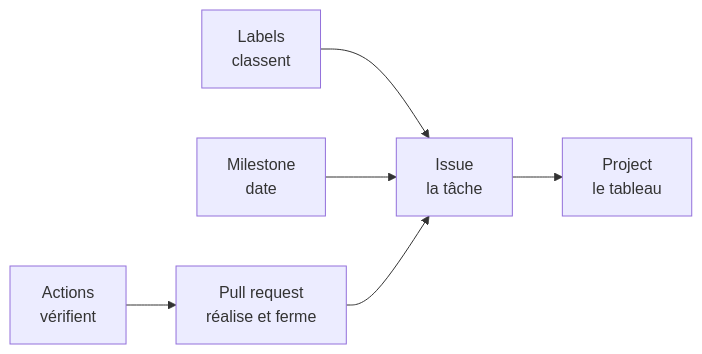
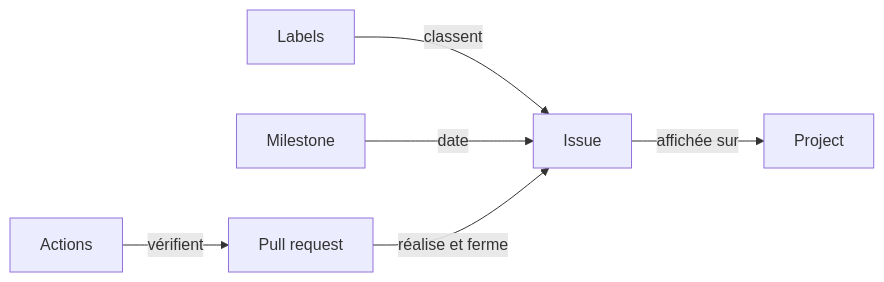
Before and after one commit to cedricgicquiaud/parcours: the diagram in formations/gestion-projet-github/lecons/la-carte.md, drawn with Mermaid. The commit also changed 1 other file, not shown here.

Commit message:
fix(content): mermaid labels truncated — single-word nodes, roles on edges

````diff
--- a/formations/gestion-projet-github/lecons/la-carte.md
+++ b/formations/gestion-projet-github/lecons/la-carte.md
@@ -26,8 +26,8 @@
 ```mermaid
 graph LR
-  L[Labels<br/>classent] --> I
-  M[Milestone<br/>date] --> I
-  I[Issue<br/>la tâche] --> P[Project<br/>le tableau]
-  PR[Pull request<br/>réalise et ferme] --> I
-  A[Actions<br/>vérifient] --> PR
+  L[Labels] -->|classent| I[Issue]
+  M[Milestone] -->|date| I
+  I -->|affichée sur| P[Project]
+  PR[Pull request] -->|réalise et ferme| I
+  A[Actions] -->|vérifient| PR
 ```
````
